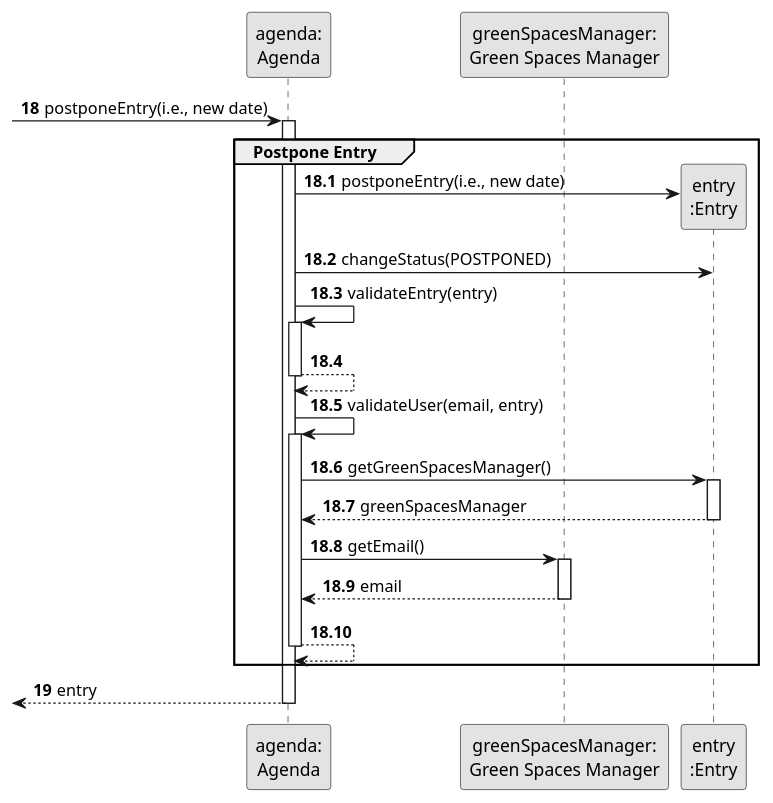
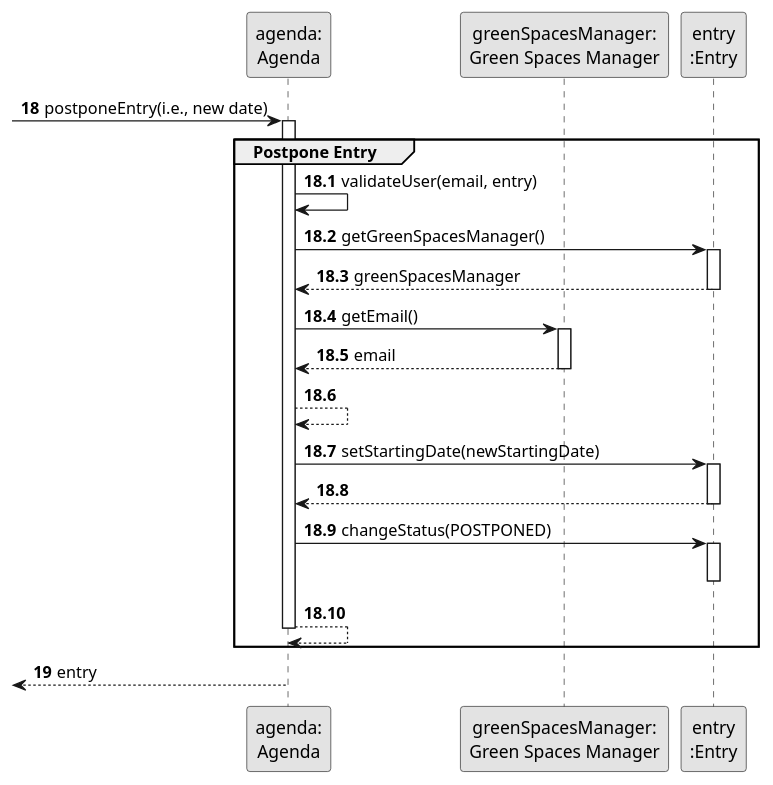
One commit to daniel41silva05/ISEP_2023_2024_LAPR2 changed the diagram in docs/sprintA&B&C/us024/03.design/puml/us024-sequence-diagram-partial-postpone-entry.puml. Above: the diagram before and after it, drawn with PlantUML. The commit also changed 3 other files, not shown here.

Commit message:
US24 Sequence Diagram Correction

```diff
--- a/docs/sprintA&B&C/us024/03.design/puml/us024-sequence-diagram-partial-postpone-entry.puml
+++ b/docs/sprintA&B&C/us024/03.design/puml/us024-sequence-diagram-partial-postpone-entry.puml
@@ -1,54 +1,55 @@
 @startuml
 skinparam monochrome true
 skinparam packageStyle rectangle
 skinparam shadowing false
 
 autonumber
 
 'hide footbox
 
 participant "agenda:\nAgenda" as AGENDA
 participant "greenSpacesManager:\nGreen Spaces Manager" as USER
 participant "entry\n:Entry" as ENTRY
 
 autonumber 18
 
  -> AGENDA : postponeEntry(i.e., new date)
 autonumber 18.1
 activate AGENDA
     group Postpone Entry
 
-            AGENDA -> ENTRY** : postponeEntry(i.e., new date)
+            AGENDA -> AGENDA: validateUser(email, entry)
 
-            AGENDA -> ENTRY : changeStatus(POSTPONED)
+                AGENDA -> ENTRY: getGreenSpacesManager()
+                            activate ENTRY
 
-                            AGENDA -> AGENDA: validateEntry(entry)
-                            activate AGENDA
+                            ENTRY --> AGENDA: greenSpacesManager
+                            deactivate ENTRY
 
-                            AGENDA --> AGENDA
-                            deactivate AGENDA
+                            AGENDA -> USER: getEmail()
+                            activate USER
 
-                            AGENDA -> AGENDA: validateUser(email, entry)
-                            activate AGENDA
+                            USER --> AGENDA: email
+                            deactivate USER
 
-                                AGENDA -> ENTRY: getGreenSpacesManager()
+                                AGENDA --> AGENDA
+
+                                AGENDA -> ENTRY : setStartingDate(newStartingDate)
                                 activate ENTRY
 
-                                ENTRY --> AGENDA: greenSpacesManager
+                                ENTRY --> AGENDA
                                 deactivate ENTRY
 
-                                AGENDA -> USER: getEmail()
-                                activate USER
+                                AGENDA -> ENTRY : changeStatus(POSTPONED)
+                                activate ENTRY
 
-                                USER --> AGENDA: email
-                                deactivate USER
-
+                            deactivate ENTRY
                             AGENDA --> AGENDA
                             deactivate AGENDA
 
     end
     autonumber 19
     <-- AGENDA  : entry
 deactivate AGENDA
 
 @enduml
```
